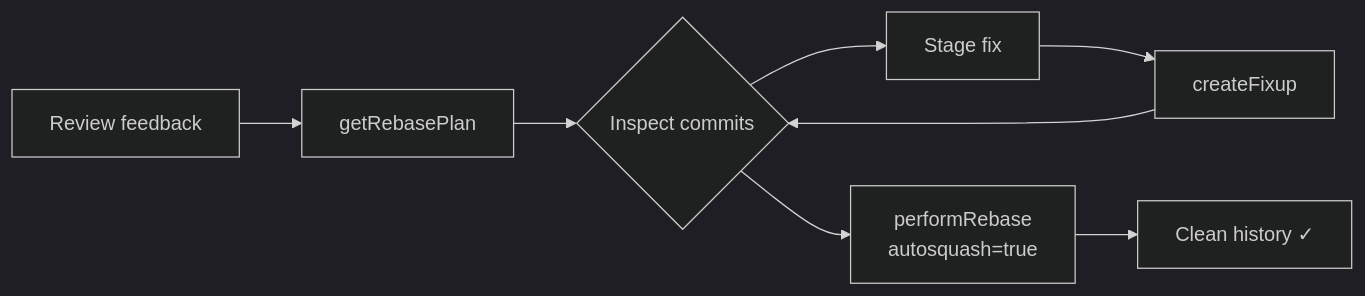
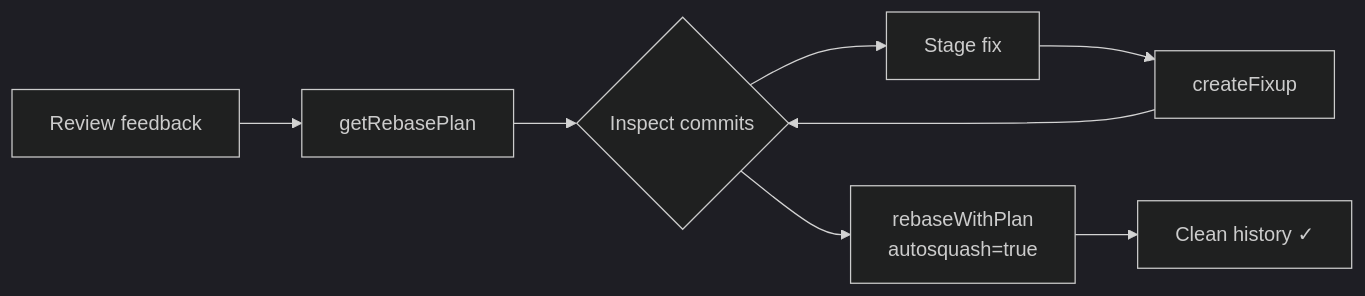
The first of 2 diagrams in README.md (yaniv-golan/git-hex), drawn with Mermaid (dark theme) before and after one commit. The commit also changed other lines of this file and 55 other files, not shown here.

````diff
--- a/README.md
+++ b/README.md
@@ -22,10 +22,10 @@
 ```mermaid
 flowchart LR
     A[Review feedback] --> B[getRebasePlan]
     B --> C{Inspect commits}
     C --> D[Stage fix]
     D --> E[createFixup]
     E --> C
-    C --> F[performRebase<br/>autosquash=true]
+    C --> F[rebaseWithPlan<br/>autosquash=true]
     F --> G[Clean history ✓]
 ```
````
